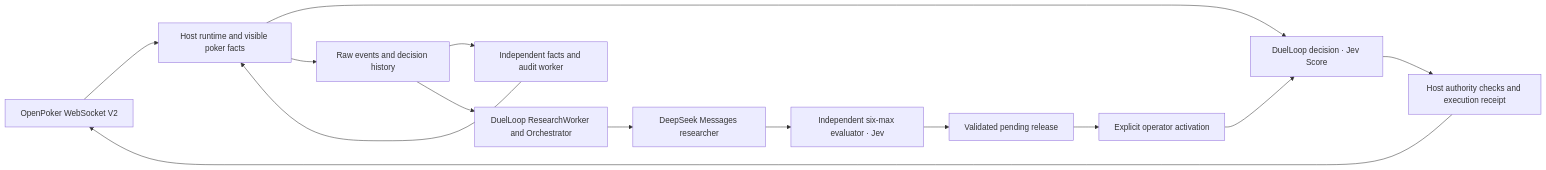
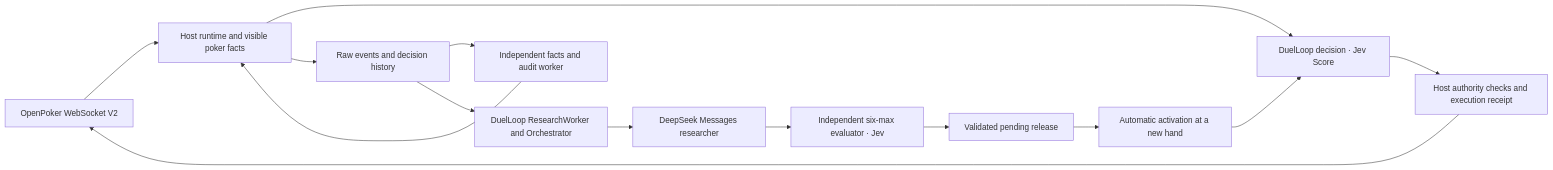
One commit to hewenyu/jev-card-agent changed the diagram in README.md. Above: the diagram before and after it, drawn with Mermaid. The commit also changed other lines of this file and 31 other files, not shown here.

Commit message:
Enable thinking research and validated next-hand strategy activation

````diff
--- a/README.md
+++ b/README.md
@@ -29,16 +29,16 @@
 ```mermaid
 flowchart LR
   O[OpenPoker WebSocket V2] --> H[Host runtime and visible poker facts]
   H --> D[DuelLoop decision · Jev Score]
   D --> X[Host authority checks and execution receipt]
   X --> O
   H --> R[Raw events and decision history]
   R --> F[Independent facts and audit worker]
   F --> H
   R --> S[DuelLoop ResearchWorker and Orchestrator]
   S --> L[DeepSeek Messages researcher]
   L --> E[Independent six-max evaluator · Jev]
   E --> P[Validated pending release]
-  P --> A[Explicit operator activation]
+  P --> A[Automatic activation at a new hand]
   A --> D
 ```
````
